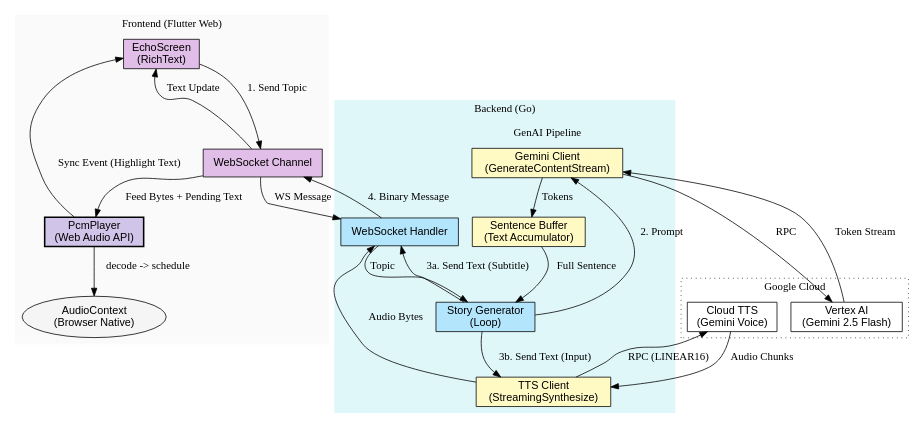
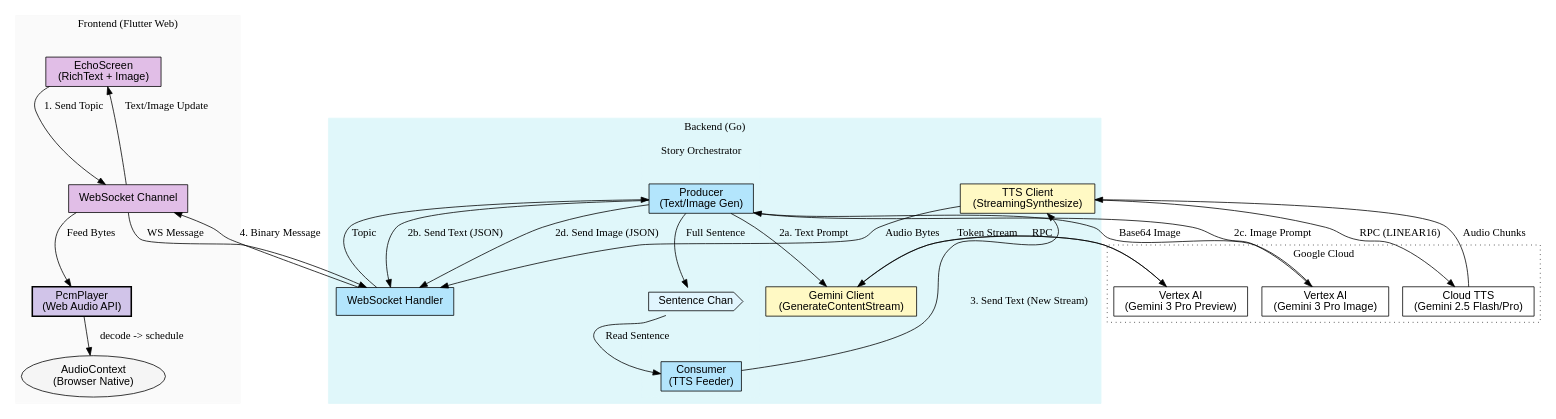
Before and after one commit to ghchinoy/echo-storyteller: the diagram in docs/architecture.dot, drawn with Graphviz. The commit also changed 7 other files, not shown here.

First line of the commit message:
feat(viz): add visual scenes and update architecture

```diff
--- a/docs/architecture.dot
+++ b/docs/architecture.dot
@@ -1,71 +1,76 @@
 digraph EchoArchitecture {
     rankdir=TB;
     node [shape=box, style=filled, fontname="Helvetica"];
     
     // Clients
     subgraph cluster_frontend {
         label = "Frontend (Flutter Web)";
         style = filled;
         color = "#FAFAFA";
         
-        UI [label="EchoScreen\n(RichText)", fillcolor="#E1BEE7"];
+        UI [label="EchoScreen\n(RichText + Image)", fillcolor="#E1BEE7"];
         WSClient [label="WebSocket Channel", fillcolor="#E1BEE7"];
         PcmPlayer [label="PcmPlayer\n(Web Audio API)", fillcolor="#D1C4E9", penwidth=2];
         AudioContext [label="AudioContext\n(Browser Native)", shape=ellipse, fillcolor="#F5F5F5"];
     }
 
     // Server
     subgraph cluster_backend {
         label = "Backend (Go)";
         style = filled;
         color = "#E0F7FA";
         
         WSHandler [label="WebSocket Handler", fillcolor="#B3E5FC"];
-        StoryLoop [label="Story Generator\n(Loop)", fillcolor="#B3E5FC"];
         
-        subgraph cluster_gemini {
-            label = "GenAI Pipeline";
+        subgraph cluster_orchestrator {
+            label = "Story Orchestrator";
             style = dashed;
-            GeminiClient [label="Gemini Client\n(GenerateContentStream)", fillcolor="#FFF9C4"];
-            SentenceBuffer [label="Sentence Buffer\n(Text Accumulator)", fillcolor="#FFF9C4"];
+            Producer [label="Producer\n(Text/Image Gen)", fillcolor="#B3E5FC"];
+            Channel [label="Sentence Chan", shape=cds, fillcolor="#E1F5FE"];
+            Consumer [label="Consumer\n(TTS Feeder)", fillcolor="#B3E5FC"];
         }
         
+        GeminiClient [label="Gemini Client\n(GenerateContentStream)", fillcolor="#FFF9C4"];
         TTSClient [label="TTS Client\n(StreamingSynthesize)", fillcolor="#FFF9C4"];
     }
 
     // Cloud
     subgraph cluster_gcp {
         label = "Google Cloud";
         style = dotted;
-        VertexAI [label="Vertex AI\n(Gemini 2.5 Flash)", shape=cloud, fillcolor="#FFFFFF"];
-        CloudTTS [label="Cloud TTS\n(Gemini Voice)", shape=cloud, fillcolor="#FFFFFF"];
+        VertexAI [label="Vertex AI\n(Gemini 3 Pro Preview)", shape=cloud, fillcolor="#FFFFFF"];
+        VertexImage [label="Vertex AI\n(Gemini 3 Pro Image)", shape=cloud, fillcolor="#FFFFFF"];
+        CloudTTS [label="Cloud TTS\n(Gemini 2.5 Flash/Pro)", shape=cloud, fillcolor="#FFFFFF"];
     }
 
     // Flow
     UI -> WSClient [label="1. Send Topic"];
     WSClient -> WSHandler [label="WS Message"];
-    WSHandler -> StoryLoop [label="Topic"];
+    WSHandler -> Producer [label="Topic"];
     
-    StoryLoop -> GeminiClient [label="2. Prompt"];
+    // Text Generation
+    Producer -> GeminiClient [label="2a. Text Prompt"];
     GeminiClient -> VertexAI [label="RPC"];
     VertexAI -> GeminiClient [label="Token Stream"];
-    
-    GeminiClient -> SentenceBuffer [label="Tokens"];
-    SentenceBuffer -> StoryLoop [label="Full Sentence"];
-    
-    // Parallel Pipe
-    StoryLoop -> WSHandler [label="3a. Send Text (Subtitle)"];
-    StoryLoop -> TTSClient [label="3b. Send Text (Input)"];
-    
+    Producer -> WSHandler [label="2b. Send Text (JSON)"];
+    Producer -> Channel [label="Full Sentence"];
+
+    // Image Generation (Parallel)
+    Producer -> VertexImage [label="2c. Image Prompt"];
+    VertexImage -> Producer [label="Base64 Image"];
+    Producer -> WSHandler [label="2d. Send Image (JSON)"];
+
+    // TTS (Sequential)
+    Channel -> Consumer [label="Read Sentence"];
+    Consumer -> TTSClient [label="3. Send Text (New Stream)"];
     TTSClient -> CloudTTS [label="RPC (LINEAR16)"];
     CloudTTS -> TTSClient [label="Audio Chunks"];
     
     TTSClient -> WSHandler [label="Audio Bytes"];
     WSHandler -> WSClient [label="4. Binary Message"];
     
     // Playback
-    WSClient -> UI [label="Text Update"];
-    WSClient -> PcmPlayer [label="Feed Bytes + Pending Text"];
+    WSClient -> UI [label="Text/Image Update"];
+    WSClient -> PcmPlayer [label="Feed Bytes"];
     PcmPlayer -> AudioContext [label="decode -> schedule"];
-    PcmPlayer -> UI [label="Sync Event (Highlight Text)"];
 }
```
